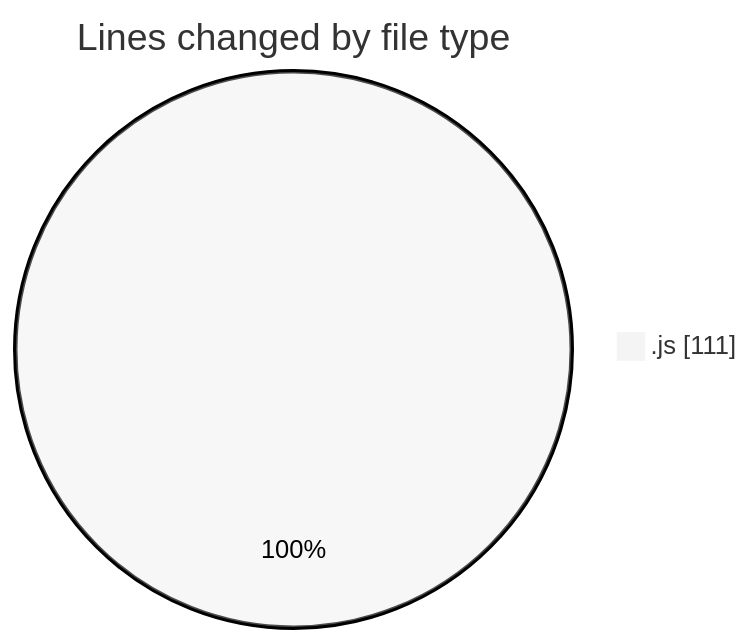
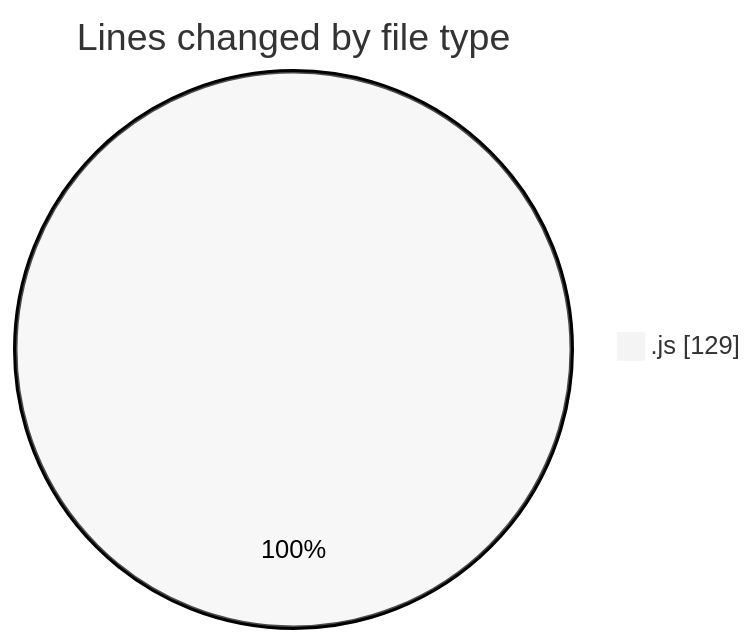
Before and after one commit to momahboobian/code-tracking: the first of 2 diagrams in 2025-03-13/cda/README.md, drawn with Mermaid (neutral theme). The commit also changed other lines of this file and 1 other file, not shown here.

````diff
--- a/2025-03-13/cda/README.md
+++ b/2025-03-13/cda/README.md
@@ -21,5 +21,5 @@
 ```mermaid
 pie showData
 title Lines changed by file type
-".js" : 111
+".js" : 129
 ```
````
